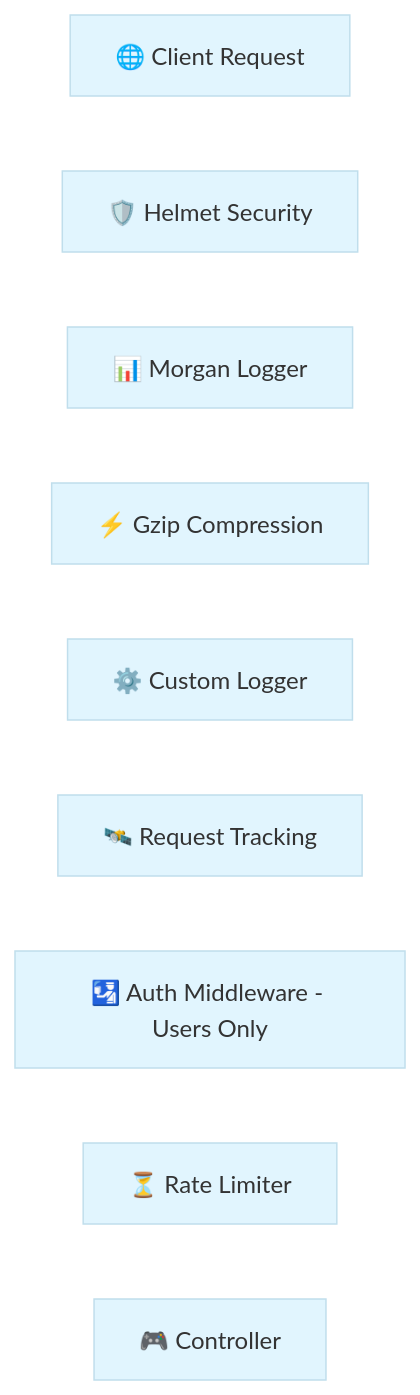
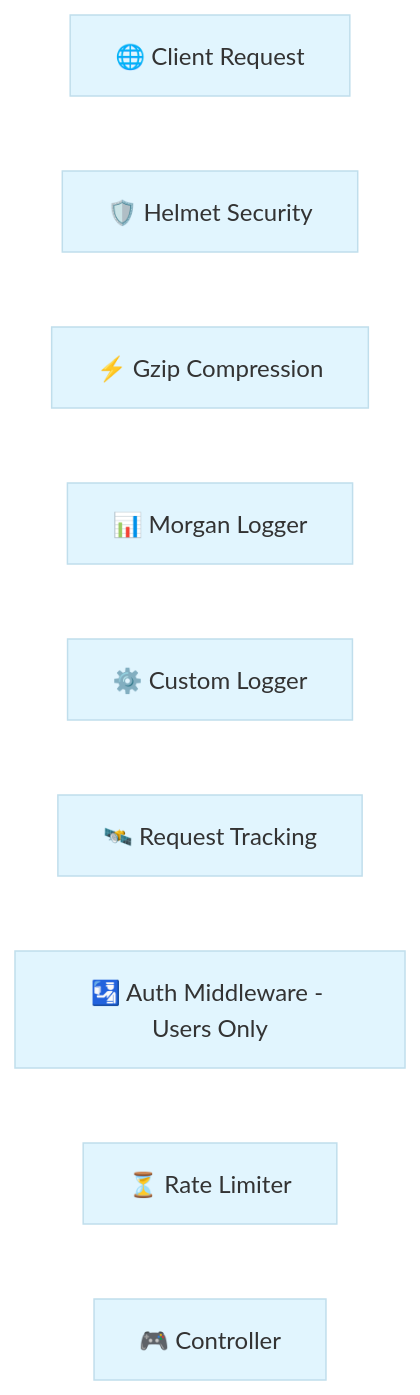
Before and after one commit to alvianzf/introduction-to-nest: the first of 3 diagrams in README.md, drawn with Mermaid. The commit also changed 1 other file, not shown here.

Commit message:
Final factual audit: Align diagrams with exact middleware execution order

````diff
--- a/README.md
+++ b/README.md
@@ -11,14 +11,14 @@
 ```mermaid
 %%{init: {'theme': 'base', 'themeVariables': { 'primaryColor': '#e1f5fe', 'edgeColor': '#ffffff', 'tertiaryColor': '#fff9c4', 'lineColor': '#ffffff'}}}%%
 graph TD
     Client[🌐 Client Request] --> Helmet[🛡️ Helmet Security]
-    Helmet --> Morgan[📊 Morgan Logger]
-    Morgan --> Compression[⚡ Gzip Compression]
-    Compression --> LoggerMW[⚙️ Custom Logger]
+    Helmet --> Compression[⚡ Gzip Compression]
+    Compression --> Morgan[📊 Morgan Logger]
+    Morgan --> LoggerMW[⚙️ Custom Logger]
     LoggerMW --> TrackingMW[🛰️ Request Tracking]
     TrackingMW --> AuthMW[🛂 Auth Middleware - Users Only]
     AuthMW --> RateLimit[⏳ Rate Limiter]
     RateLimit --> Controller[🎮 Controller]
 
     linkStyle default stroke:#ffffff,stroke-width:2px
 ```
````
